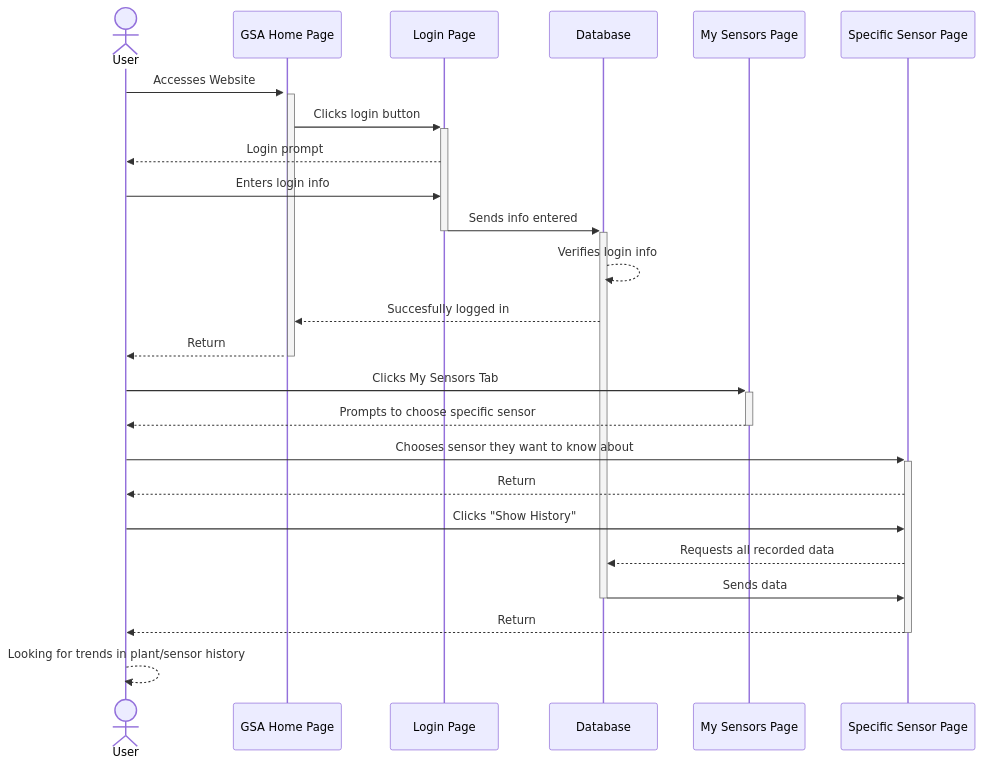
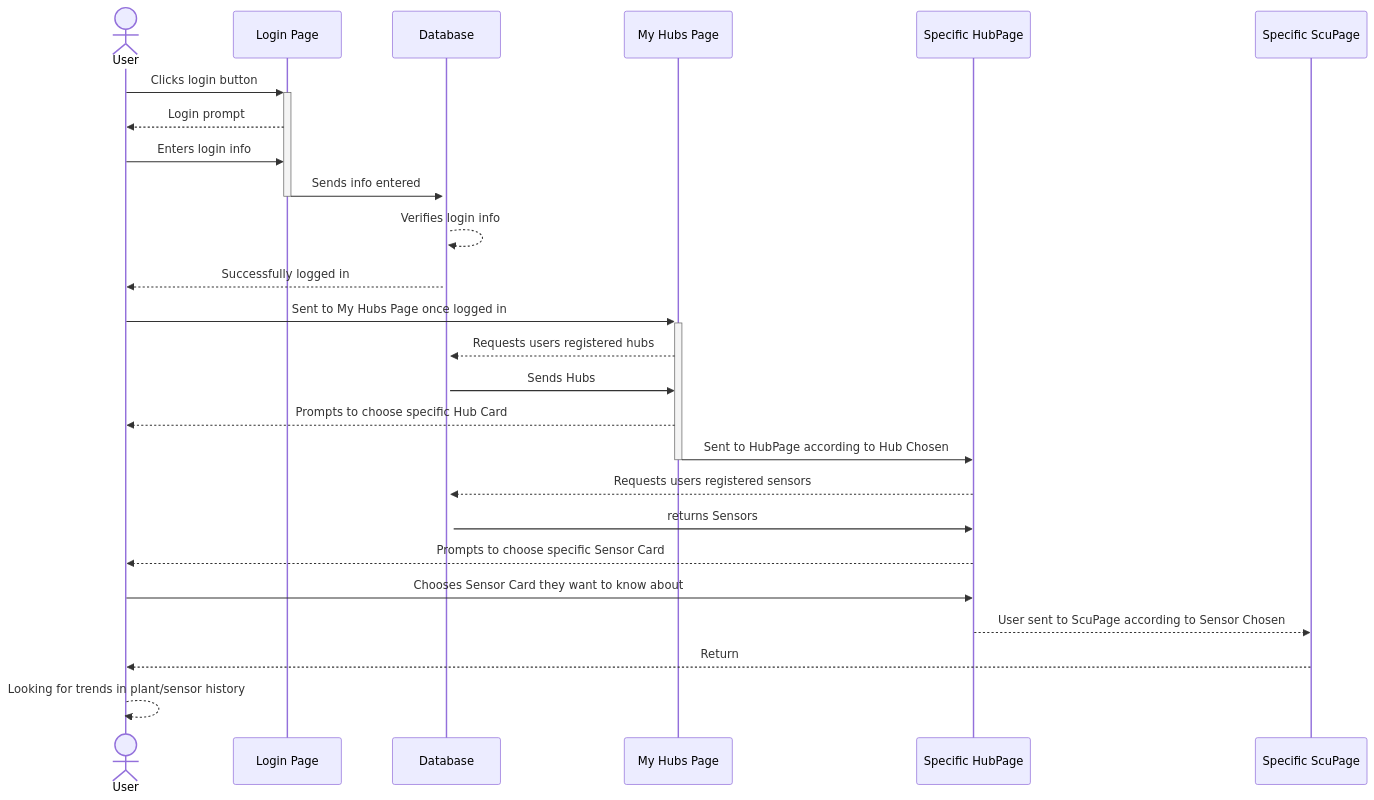
One commit to Capstone-Projects-2023-Fall/project-garden-sensor-array changed the second of 5 diagrams in documentation/docs/system-architecture/sequence_diagrams.md. Above: the diagram before and after it, drawn with Mermaid.

Commit message:
updated second diagram
updated the 2nd diagram

````diff
--- a/documentation/docs/system-architecture/sequence_diagrams.md
+++ b/documentation/docs/system-architecture/sequence_diagrams.md
@@ -36,36 +36,34 @@
 ```mermaid
 sequenceDiagram
     Actor User
-    participant GSA Home Page
     participant Login Page
     participant Database 
-    participant My Sensors Page 
-    participant Specific Sensor Page
+    participant My Hubs Page
+    participant Specific HubPage
+    participant Specific ScuPage
 
-    User->>+GSA Home Page: Accesses Website 
-    activate GSA Home Page
-    GSA Home Page->>+Login Page: Clicks login button
+    User->>+Login Page: Clicks login button
     Login Page-->>User: Login prompt
-    User->>Login Page: Enters login info 
-    Login Page->>+Database: Sends info entered 
-    deactivate Login Page 
+    User->>Login Page: Enters login info
+    Login Page->>+Database: Sends info entered
+    deactivate Login Page
+
     Database-->>Database: Verifies login info
-    Database-->>GSA Home Page: Succesfully logged in
-    GSA Home Page-->>User: Return
-    deactivate GSA Home Page
-    User->>+My Sensors Page: Clicks My Sensors Tab
-    My Sensors Page-->>User: Prompts to choose specific sensor
+    Database-->>User: Successfully logged in
+    User->>+My Hubs Page: Sent to My Hubs Page once logged in
+    My Hubs Page-->>Database: Requests users registered hubs
+    Database->>My Hubs Page: Sends Hubs
+    My Hubs Page-->>User: Prompts to choose specific Hub Card
+    My Hubs Page->>Specific HubPage: Sent to HubPage according to Hub Chosen
+    deactivate My Hubs Page
 
-    deactivate My Sensors Page
-    User->>+Specific Sensor Page: Chooses sensor they want to know about
-    Specific Sensor Page-->>User: Return
-    User->>Specific Sensor Page: Clicks "Show History"
-    Specific Sensor Page-->>Database: Requests all recorded data 
-    Database->>Specific Sensor Page: Sends data
-    deactivate Database 
-    Specific Sensor Page-->>User: Return
+    Specific HubPage-->>+Database: Requests users registered sensors
+    Database->>Specific HubPage: returns Sensors
 
-    deactivate Specific Sensor Page
+    Specific HubPage-->>User: Prompts to choose specific Sensor Card
+    User->>Specific HubPage: Chooses Sensor Card they want to know about
+    Specific HubPage-->>Specific ScuPage: User sent to ScuPage according to Sensor Chosen
+    Specific ScuPage-->>User: Return
     User-->>User: Looking for trends in plant/sensor history
 
 ```
````
